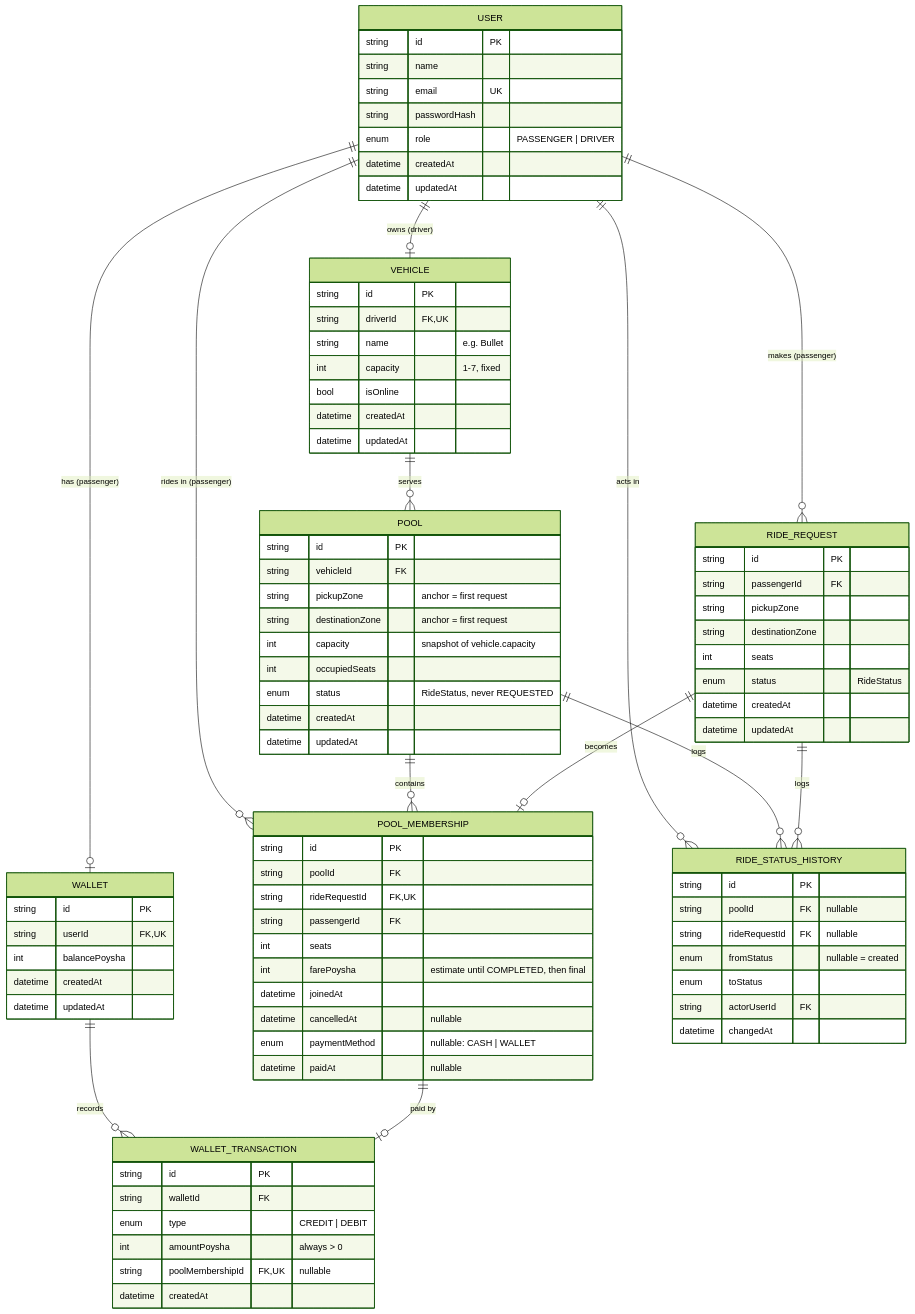
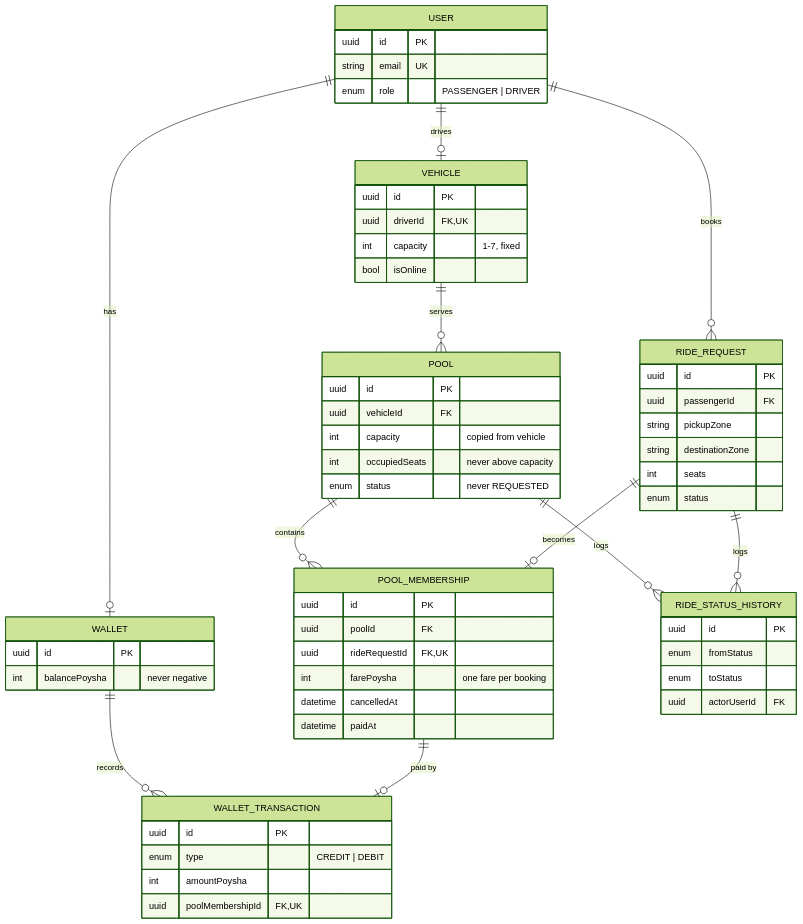
Before and after one commit to kaizen2112/Dhaka-Tesla-Pool: the fourth of 10 diagrams in README.md, drawn with Mermaid (forest theme). The commit also changed other lines of this file, not shown here.

````diff
--- a/README.md
+++ b/README.md
@@ -201,91 +173,64 @@
 ```mermaid
 erDiagram
-    USER ||--o| VEHICLE : "owns (driver)"
-    USER ||--o{ RIDE_REQUEST : "makes (passenger)"
-    USER ||--o{ POOL_MEMBERSHIP : "rides in (passenger)"
-    USER ||--o| WALLET : "has (passenger)"
-    USER ||--o{ RIDE_STATUS_HISTORY : "acts in"
+    USER ||--o| VEHICLE : drives
+    USER ||--o{ RIDE_REQUEST : books
+    USER ||--o| WALLET : has
     VEHICLE ||--o{ POOL : serves
     POOL ||--o{ POOL_MEMBERSHIP : contains
+    RIDE_REQUEST ||--o| POOL_MEMBERSHIP : becomes
     POOL ||--o{ RIDE_STATUS_HISTORY : logs
-    RIDE_REQUEST ||--o| POOL_MEMBERSHIP : becomes
     RIDE_REQUEST ||--o{ RIDE_STATUS_HISTORY : logs
     WALLET ||--o{ WALLET_TRANSACTION : records
     POOL_MEMBERSHIP ||--o| WALLET_TRANSACTION : "paid by"
 
     USER {
-        string id PK
-        string name
+        uuid id PK
         string email UK
-        string passwordHash
         enum role "PASSENGER | DRIVER"
-        datetime createdAt
-        datetime updatedAt
     }
     VEHICLE {
-        string id PK
-        string driverId FK, UK
-        string name "e.g. Bullet"
+        uuid id PK
+        uuid driverId FK, UK
         int capacity "1-7, fixed"
         bool isOnline
-        datetime createdAt
-        datetime updatedAt
     }
     RIDE_REQUEST {
-        string id PK
-        string passengerId FK
+        uuid id PK
+        uuid passengerId FK
         string pickupZone
         string destinationZone
         int seats
-        enum status "RideStatus"
-        datetime createdAt
-        datetime updatedAt
+        enum status
     }
     POOL {
-        string id PK
-        string vehicleId FK
-        string pickupZone "anchor = first request"
-        string destinationZone "anchor = first request"
-        int capacity "snapshot of vehicle.capacity"
-        int occupiedSeats
-        enum status "RideStatus, never REQUESTED"
-        datetime createdAt
-        datetime updatedAt
+        uuid id PK
+        uuid vehicleId FK
+        int capacity "copied from vehicle"
+        int occupiedSeats "never above capacity"
+        enum status "never REQUESTED"
     }
     POOL_MEMBERSHIP {
-        string id PK
-        string poolId FK
-        string rideRequestId FK, UK
-        string passengerId FK
-        int seats
-        int farePoysha "estimate until COMPLETED, then final"
-        datetime joinedAt
-        datetime cancelledAt "nullable"
-        enum paymentMethod "nullable: CASH | WALLET"
-        datetime paidAt "nullable"
+        uuid id PK
+        uuid poolId FK
+        uuid rideRequestId FK, UK
+        int farePoysha "one fare per booking"
+        datetime cancelledAt
+        datetime paidAt
     }
     RIDE_STATUS_HISTORY {
-        string id PK
-        string poolId FK "nullable"
-        string rideRequestId FK "nullable"
-        enum fromStatus "nullable = created"
+        uuid id PK
+        enum fromStatus
         enum toStatus
-        string actorUserId FK
-        datetime changedAt
+        uuid actorUserId FK
     }
     WALLET {
-        string id PK
-        string userId FK, UK
-        int balancePoysha
-        datetime createdAt
-        datetime updatedAt
+        uuid id PK
+        int balancePoysha "never negative"
     }
     WALLET_TRANSACTION {
-        string id PK
-        string walletId FK
+        uuid id PK
         enum type "CREDIT | DEBIT"
-        int amountPoysha "always > 0"
-        string poolMembershipId FK, UK "nullable"
-        datetime createdAt
+        int amountPoysha
+        uuid poolMembershipId FK, UK
     }
 ```
````
